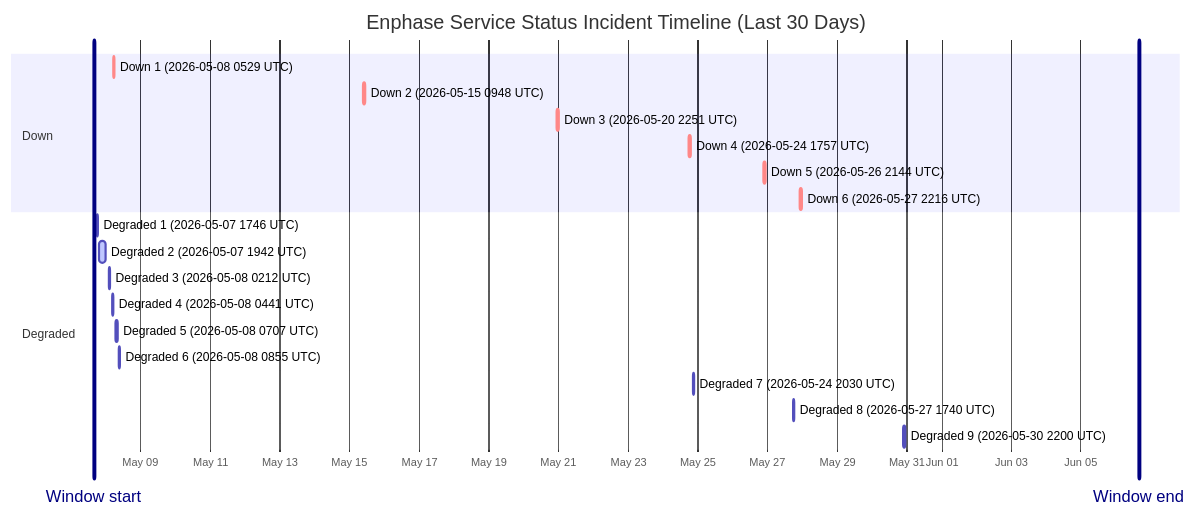
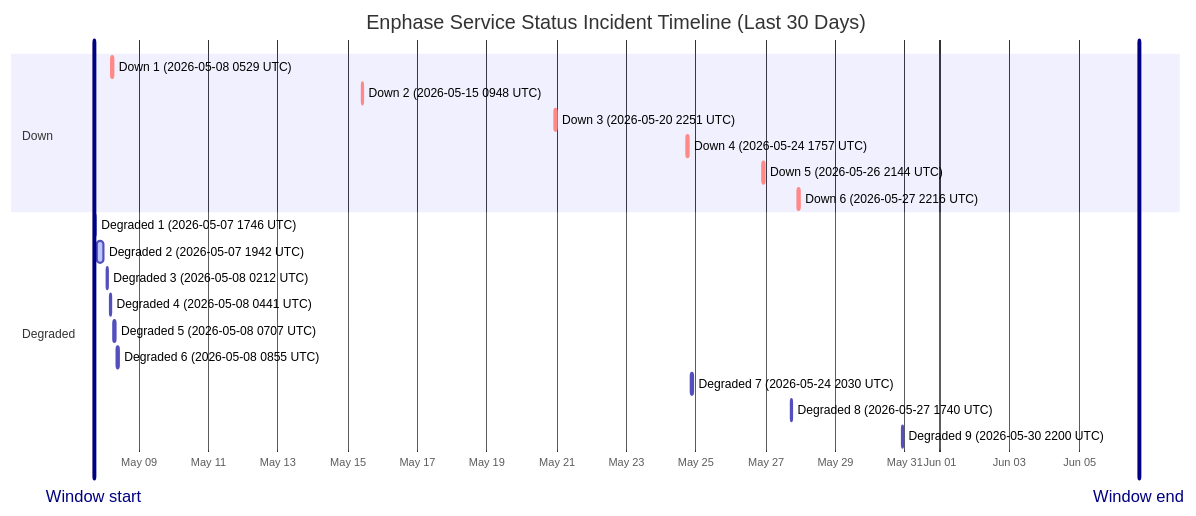
One commit to barneyonline/ha-enphase-energy changed the diagram in wiki/Service-Status-History.md. Above: the diagram before and after it, drawn with Mermaid. The commit also changed other lines of this file and 3 other files, not shown here.

````diff
--- a/wiki/Service-Status-History.md
+++ b/wiki/Service-Status-History.md
@@ -14,25 +14,25 @@
 ```mermaid
 gantt
     title Enphase Service Status Incident Timeline (Last 30 Days)
     dateFormat  YYYY-MM-DDTHH:mm:ss
     axisFormat  %b %d
-    Window start :vert, window-start, 2026-05-07T15:49:46, 0ms
-    Window end :vert, window-end, 2026-06-06T15:49:46, 0ms
+    Window start :vert, window-start, 2026-05-07T17:12:40, 0ms
+    Window end :vert, window-end, 2026-06-06T17:12:40, 0ms
     section Down
     Down 1 (2026-05-08 0529 UTC) :crit, down-1, 2026-05-08T05:29:47, 60m
     Down 2 (2026-05-15 0948 UTC) :crit, down-2, 2026-05-15T09:48:18, 60m
     Down 3 (2026-05-20 2251 UTC) :crit, down-3, 2026-05-20T22:51:14, 75m
     Down 4 (2026-05-24 1757 UTC) :crit, down-4, 2026-05-24T17:57:41, 86m
     Down 5 (2026-05-26 2144 UTC) :crit, down-5, 2026-05-26T21:44:11, 85m
     Down 6 (2026-05-27 2216 UTC) :crit, down-6, 2026-05-27T22:16:53, 87m
     section Degraded
     Degraded 1 (2026-05-07 1746 UTC) :active, degraded-1, 2026-05-07T17:46:51, 60m
     Degraded 2 (2026-05-07 1942 UTC) :active, degraded-2, 2026-05-07T19:42:10, 249m
     Degraded 3 (2026-05-08 0212 UTC) :active, degraded-3, 2026-05-08T02:12:39, 60m
     Degraded 4 (2026-05-08 0441 UTC) :active, degraded-4, 2026-05-08T04:41:46, 60m
     Degraded 5 (2026-05-08 0707 UTC) :active, degraded-5, 2026-05-08T07:07:30, 60m
     Degraded 6 (2026-05-08 0855 UTC) :active, degraded-6, 2026-05-08T08:55:20, 88m
     Degraded 7 (2026-05-24 2030 UTC) :active, degraded-7, 2026-05-24T20:30:57, 84m
     Degraded 8 (2026-05-27 1740 UTC) :active, degraded-8, 2026-05-27T17:40:52, 60m
     Degraded 9 (2026-05-30 2200 UTC) :active, degraded-9, 2026-05-30T22:00:37, 60m
 ```
````
